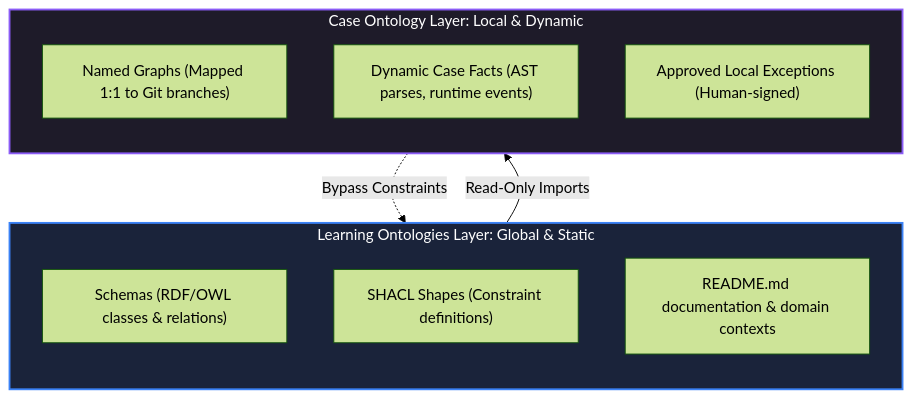
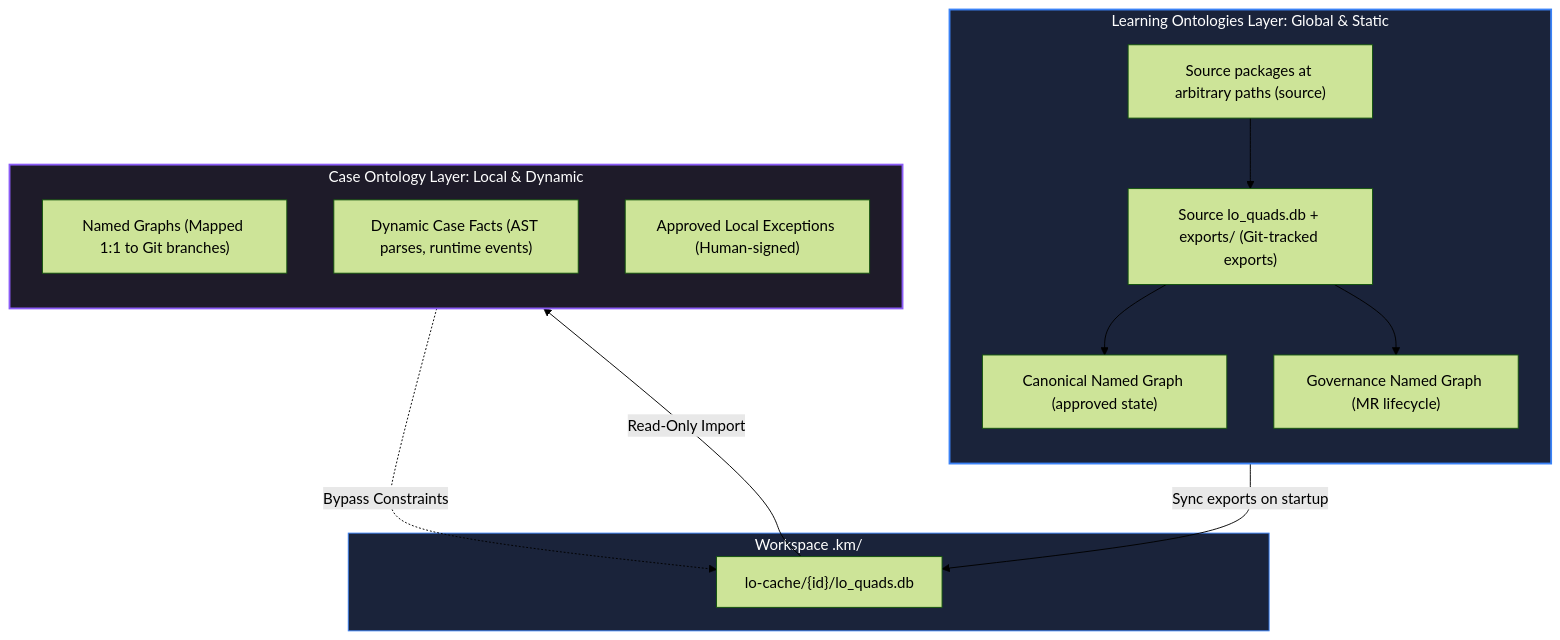
One commit to isaacnugroho/km changed the first of 4 diagrams in docs/knowledge-management-specification.md. Above: the diagram before and after it, drawn with Mermaid (forest theme). The commit also changed other lines of this file and 5 other files, not shown here.

````diff
--- a/docs/knowledge-management-specification.md
+++ b/docs/knowledge-management-specification.md
@@ -13,22 +13,32 @@
 ```mermaid
 graph TD
     subgraph LO [Learning Ontologies Layer: Global & Static]
         direction TB
-        LO_Schema["Schemas (RDF/OWL classes & relations)"]
-        LO_Shapes["SHACL Shapes (Constraint definitions)"]
-        LO_Docs["README.md documentation & domain contexts"]
+        LO_Source["Source packages at arbitrary paths (source)"]
+        LO_Store["Source lo_quads.db + exports/ (Git-tracked exports)"]
+        LO_Canonical["Canonical Named Graph (approved state)"]
+        LO_Governance["Governance Named Graph (MR lifecycle)"]
+        LO_Source --> LO_Store
+        LO_Store --> LO_Canonical
+        LO_Store --> LO_Governance
+    end
+
+    subgraph WS [Workspace .km/]
+        LO_Cache["lo-cache/{id}/lo_quads.db"]
     end
 
     subgraph CO [Case Ontology Layer: Local & Dynamic]
         direction TB
         CO_BranchGraph["Named Graphs (Mapped 1:1 to Git branches)"]
         CO_Facts["Dynamic Case Facts (AST parses, runtime events)"]
         CO_Exceptions["Approved Local Exceptions (Human-signed)"]
     end
 
-    LO -->|Read-Only Imports| CO
-    CO_Exceptions -.->|Bypass Constraints| LO_Shapes
+    LO_Source -->|Sync exports on startup| LO_Cache
+    LO_Cache -->|Read-Only Import| CO
+    CO_Exceptions -.->|Bypass Constraints| LO_Cache
 
     style LO fill:#1a233a,stroke:#3b82f6,stroke-width:2px,color:#fff
+    style WS fill:#1a233a,stroke:#3b82f6,stroke-width:1px,color:#fff
     style CO fill:#1e1b29,stroke:#8b5cf6,stroke-width:2px,color:#fff
 ```
````
